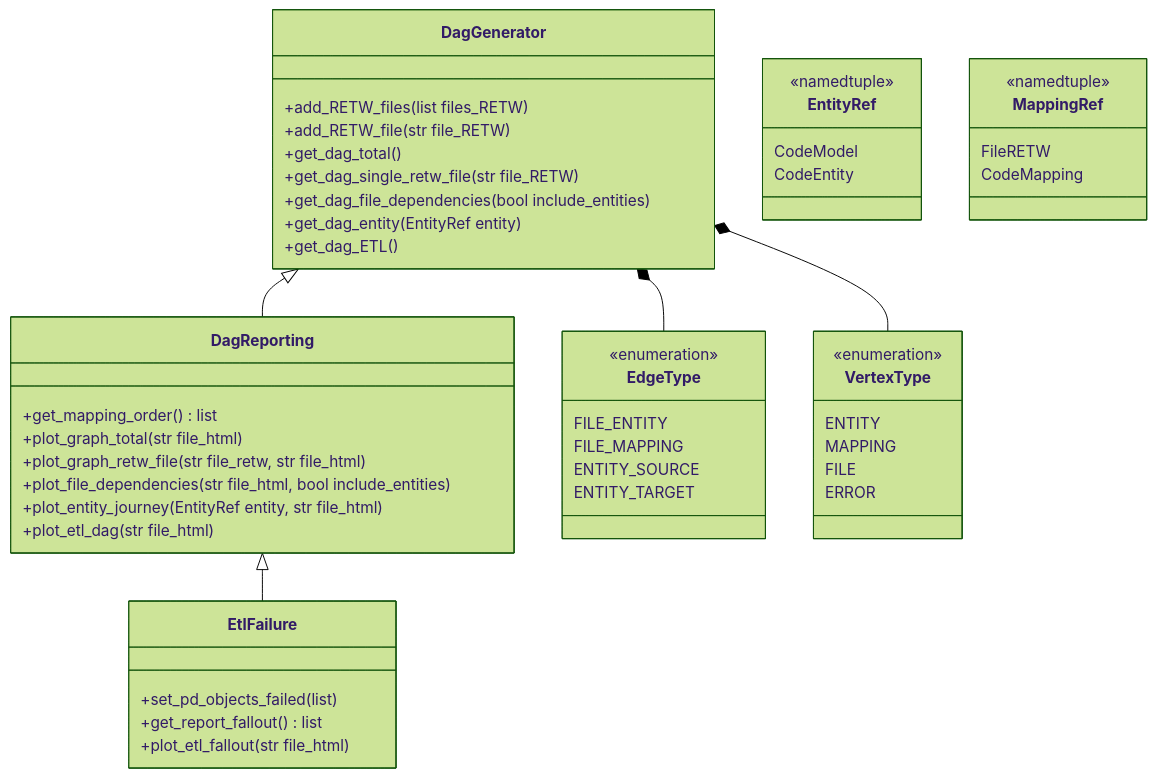
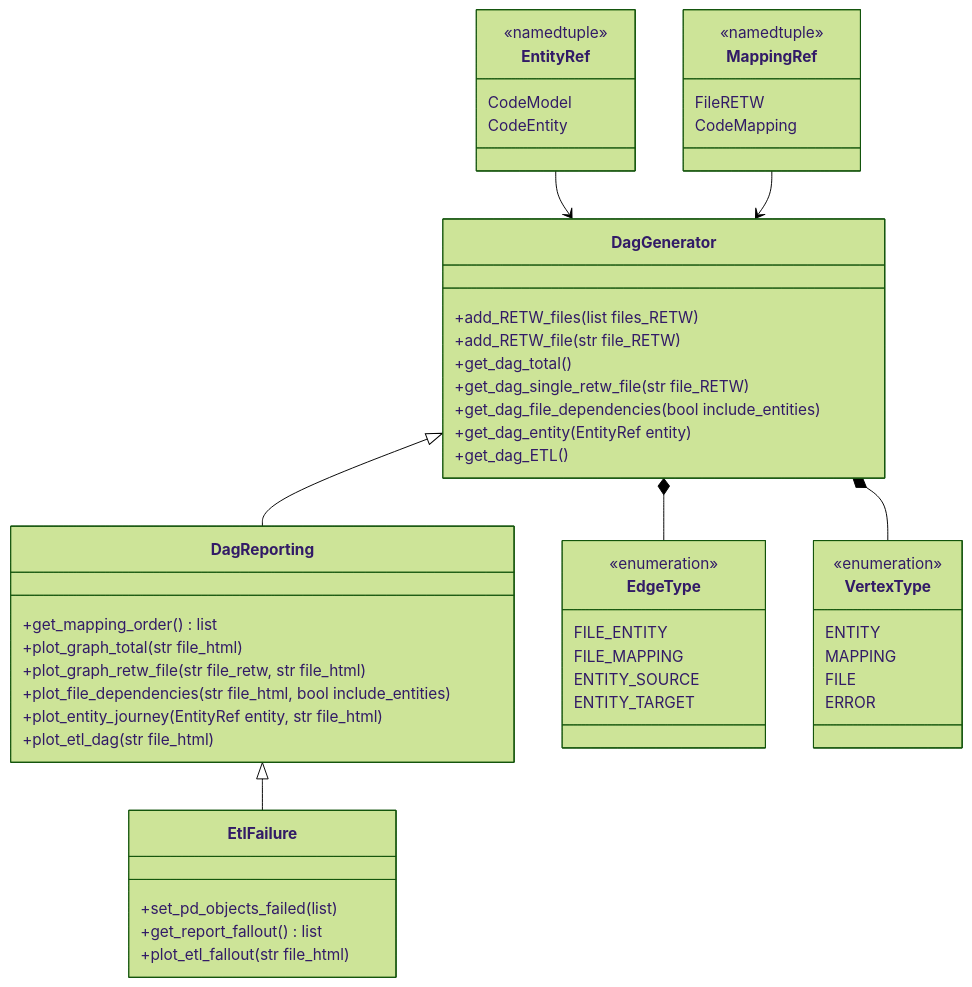
One commit to mark-me/mapping-dependencies changed the third of 3 diagrams in README.md. Above: the diagram before and after it, drawn with Mermaid (forest theme).

````diff
--- a/README.md
+++ b/README.md
@@ -103,59 +103,61 @@
 ```mermaid
 ---
   config:
     class:
       hideEmptyMembersBox: true
 ---
 classDiagram
   DagGenerator <|-- DagReporting
   DagReporting <|-- EtlFailure
   DagGenerator *-- EdgeType
   DagGenerator *-- VertexType
+  EntityRef --> DagGenerator
+  MappingRef --> DagGenerator
 
   class EntityRef{
     <<namedtuple>>
     CodeModel
     CodeEntity
   }
   class MappingRef{
     <<namedtuple>>
     FileRETW
     CodeMapping
   }
   class VertexType{
     <<enumeration>>
     ENTITY
     MAPPING
     FILE
     ERROR
   }
   class EdgeType{
     <<enumeration>>
     FILE_ENTITY
     FILE_MAPPING
     ENTITY_SOURCE
     ENTITY_TARGET
   }
   class DagGenerator{
     +add_RETW_files(list files_RETW)
     +add_RETW_file(str file_RETW)
     +get_dag_total()
     +get_dag_single_retw_file(str file_RETW)
     +get_dag_file_dependencies(bool include_entities)
     +get_dag_entity(EntityRef entity)
     +get_dag_ETL()
   }
   class DagReporting{
     +get_mapping_order() list
     +plot_graph_total(str file_html)
     +plot_graph_retw_file(str file_retw, str file_html)
     +plot_file_dependencies(str file_html, bool include_entities)
     +plot_entity_journey(EntityRef entity, str file_html)
     +plot_etl_dag(str file_html)
   }
   class EtlFailure{
     +set_pd_objects_failed(list)
     +get_report_fallout() list
     +plot_etl_fallout(str file_html)
   }
 ```
````
